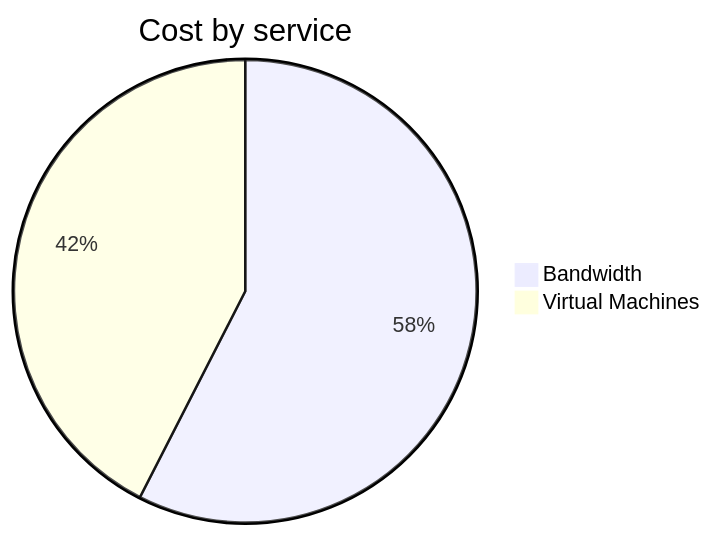
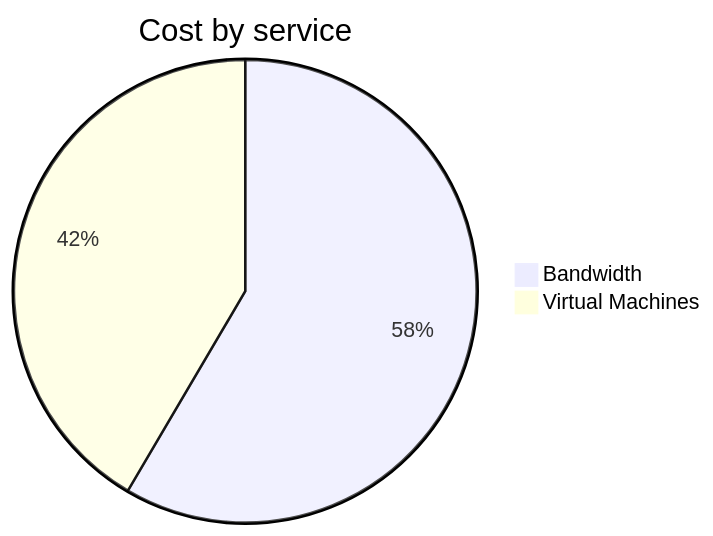
Before and after one commit to jpfulton/azure-personal-reports: the second of 4 diagrams in cost-reports/personal-network/vpn-server.md, drawn with Mermaid. The commit also changed other lines of this file and 9 other files, not shown here.

````diff
--- a/cost-reports/personal-network/vpn-server.md
+++ b/cost-reports/personal-network/vpn-server.md
@@ -66,6 +66,6 @@
 ```mermaid
 pie
    title Cost by service
-   "Bandwidth" : 2.18
-   "Virtual Machines" : 1.61
+   "Bandwidth" : 2.52
+   "Virtual Machines" : 1.79
 ```
````
